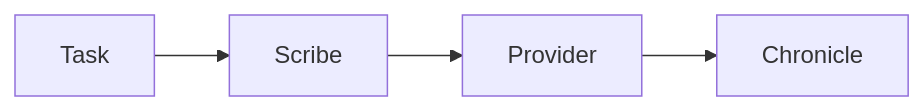
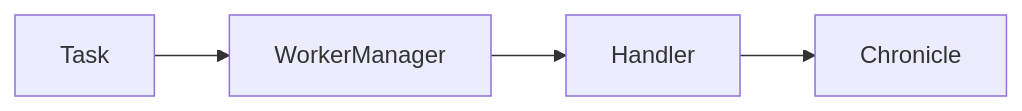
The fourth of 4 diagrams in ARCHITECTURE.md (svanschooten/Chronicler), drawn with Mermaid before and after one commit. The commit also changed other lines of this file and 145 other files, not shown here.

````diff
--- a/ARCHITECTURE.md
+++ b/ARCHITECTURE.md
@@ -366,9 +427,9 @@
 ```mermaid
 flowchart LR
 
-Task --> Scribe
+Task --> WorkerManager
 
-Scribe --> Provider
+WorkerManager --> Handler
 
-Provider --> Chronicle
+Handler --> Chronicle
 ```
````
